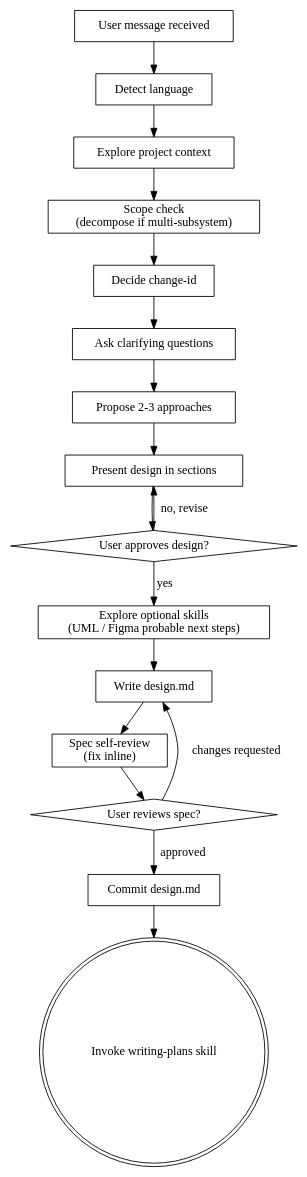
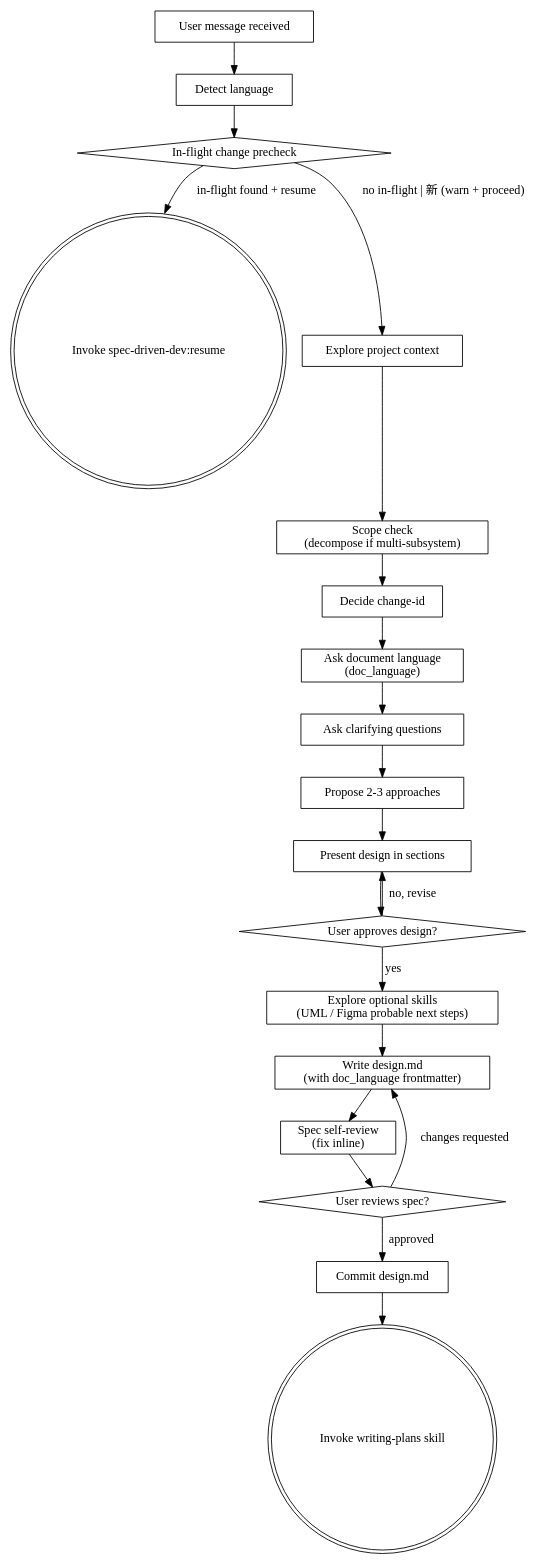
The diagram in plugins/spec-driven-dev/skills/brainstorming/SKILL.md (BIBIOTA/yuki-marketplace), drawn with Graphviz before and after one commit. The commit also changed other lines of this file and 13 other files, not shown here.

````diff
--- a/plugins/spec-driven-dev/skills/brainstorming/SKILL.md
+++ b/plugins/spec-driven-dev/skills/brainstorming/SKILL.md
@@ -47,38 +71,44 @@
 ```dot
 digraph brainstorming {
     rankdir=TB;
 
     "User message received" [shape=box];
     "Detect language" [shape=box];
+    "In-flight change precheck" [shape=diamond];
+    "Invoke spec-driven-dev:resume" [shape=doublecircle];
     "Explore project context" [shape=box];
     "Scope check\n(decompose if multi-subsystem)" [shape=box];
     "Decide change-id" [shape=box];
+    "Ask document language\n(doc_language)" [shape=box];
     "Ask clarifying questions" [shape=box];
     "Propose 2-3 approaches" [shape=box];
     "Present design in sections" [shape=box];
     "User approves design?" [shape=diamond];
     "Explore optional skills\n(UML / Figma probable next steps)" [shape=box];
-    "Write design.md" [shape=box];
+    "Write design.md\n(with doc_language frontmatter)" [shape=box];
     "Spec self-review\n(fix inline)" [shape=box];
     "User reviews spec?" [shape=diamond];
     "Commit design.md" [shape=box];
     "Invoke writing-plans skill" [shape=doublecircle];
 
     "User message received" -> "Detect language";
-    "Detect language" -> "Explore project context";
+    "Detect language" -> "In-flight change precheck";
+    "In-flight change precheck" -> "Invoke spec-driven-dev:resume" [label="in-flight found + resume"];
+    "In-flight change precheck" -> "Explore project context" [label="no in-flight | 新 (warn + proceed)"];
     "Explore project context" -> "Scope check\n(decompose if multi-subsystem)";
     "Scope check\n(decompose if multi-subsystem)" -> "Decide change-id";
-    "Decide change-id" -> "Ask clarifying questions";
+    "Decide change-id" -> "Ask document language\n(doc_language)";
+    "Ask document language\n(doc_language)" -> "Ask clarifying questions";
     "Ask clarifying questions" -> "Propose 2-3 approaches";
     "Propose 2-3 approaches" -> "Present design in sections";
     "Present design in sections" -> "User approves design?";
     "User approves design?" -> "Present design in sections" [label="no, revise"];
     "User approves design?" -> "Explore optional skills\n(UML / Figma probable next steps)" [label="yes"];
-    "Explore optional skills\n(UML / Figma probable next steps)" -> "Write design.md";
-    "Write design.md" -> "Spec self-review\n(fix inline)";
+    "Explore optional skills\n(UML / Figma probable next steps)" -> "Write design.md\n(with doc_language frontmatter)";
+    "Write design.md\n(with doc_language frontmatter)" -> "Spec self-review\n(fix inline)";
     "Spec self-review\n(fix inline)" -> "User reviews spec?";
-    "User reviews spec?" -> "Write design.md" [label="changes requested"];
+    "User reviews spec?" -> "Write design.md\n(with doc_language frontmatter)" [label="changes requested"];
     "User reviews spec?" -> "Commit design.md" [label="approved"];
     "Commit design.md" -> "Invoke writing-plans skill";
 }
 ```
````
